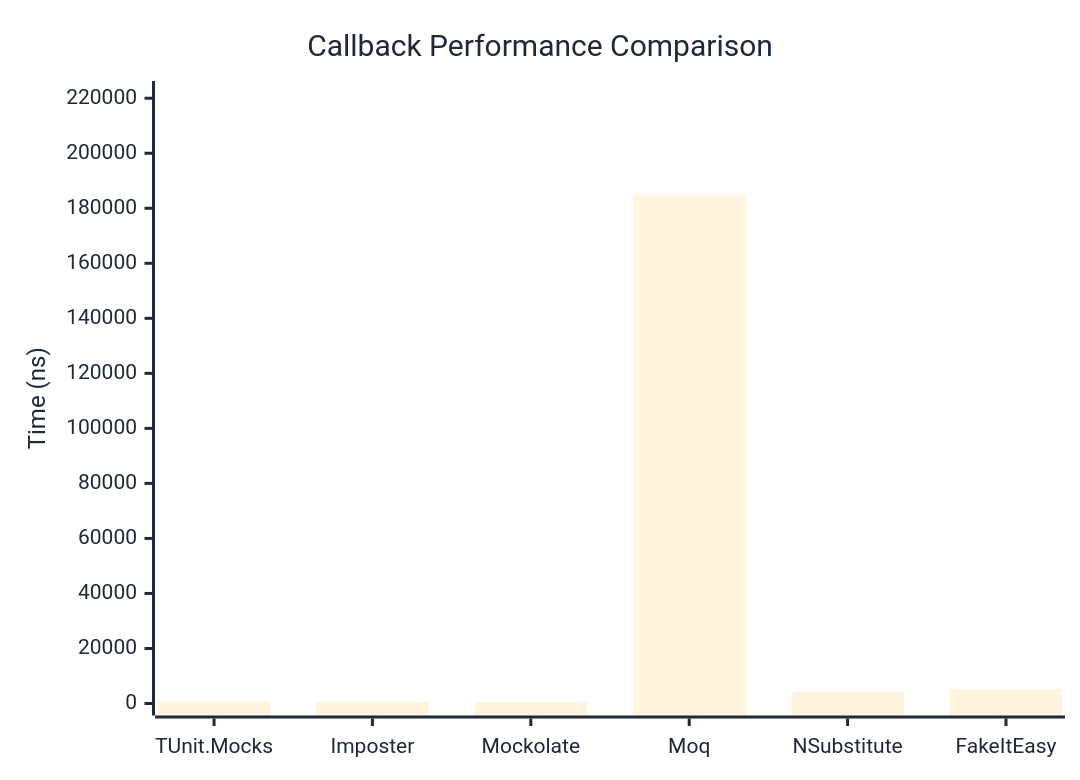
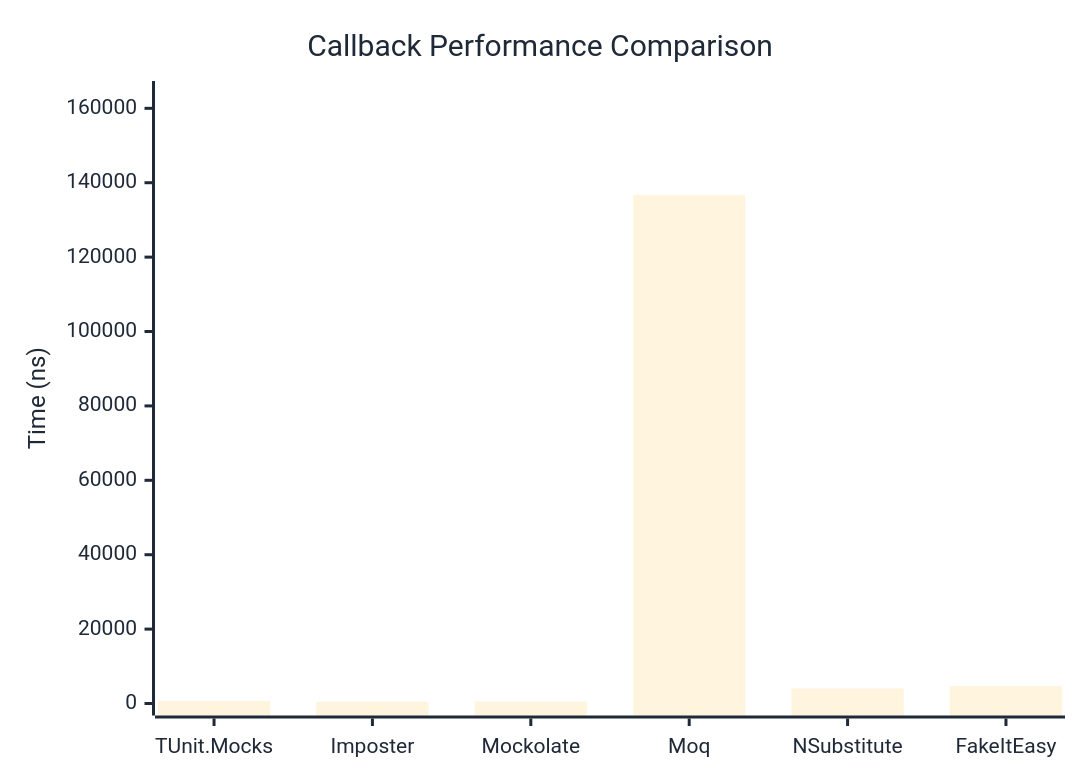
One commit to thomhurst/TUnit changed the first of 2 diagrams in docs/docs/benchmarks/mocks/Callback.md. Above: the diagram before and after it, drawn with Mermaid. The commit also changed other lines of this file and 14 other files, not shown here.

````diff
--- a/docs/docs/benchmarks/mocks/Callback.md
+++ b/docs/docs/benchmarks/mocks/Callback.md
@@ -28,27 +28,27 @@
 ```mermaid
 %%{init: {
   'theme':'base',
   'themeVariables': {
     'primaryColor': '#2563eb',
     'primaryTextColor': '#1f2937',
     'primaryBorderColor': '#1e40af',
     'lineColor': '#6b7280',
     'secondaryColor': '#7c3aed',
     'tertiaryColor': '#dc2626',
     'background': '#ffffff',
     'pie1': '#2563eb',
     'pie2': '#7c3aed',
     'pie3': '#dc2626',
     'pie4': '#f59e0b',
     'pie5': '#10b981',
     'pie6': '#06b6d4',
     'pie7': '#ec4899',
     'pie8': '#6366f1'
   }
 }}%%
 xychart-beta
   title "Callback Performance Comparison"
   x-axis ["TUnit.Mocks", "Imposter", "Mockolate", "Moq", "NSubstitute", "FakeItEasy"]
-  y-axis "Time (ns)" 0 --> 221897
-  bar [691.1, 451, 501.2, 184914.1, 4362, 5121.1]
+  y-axis "Time (ns)" 0 --> 164122
+  bar [694.2, 485.9, 523.1, 136768.2, 4060.7, 4677.9]
 ```
````
